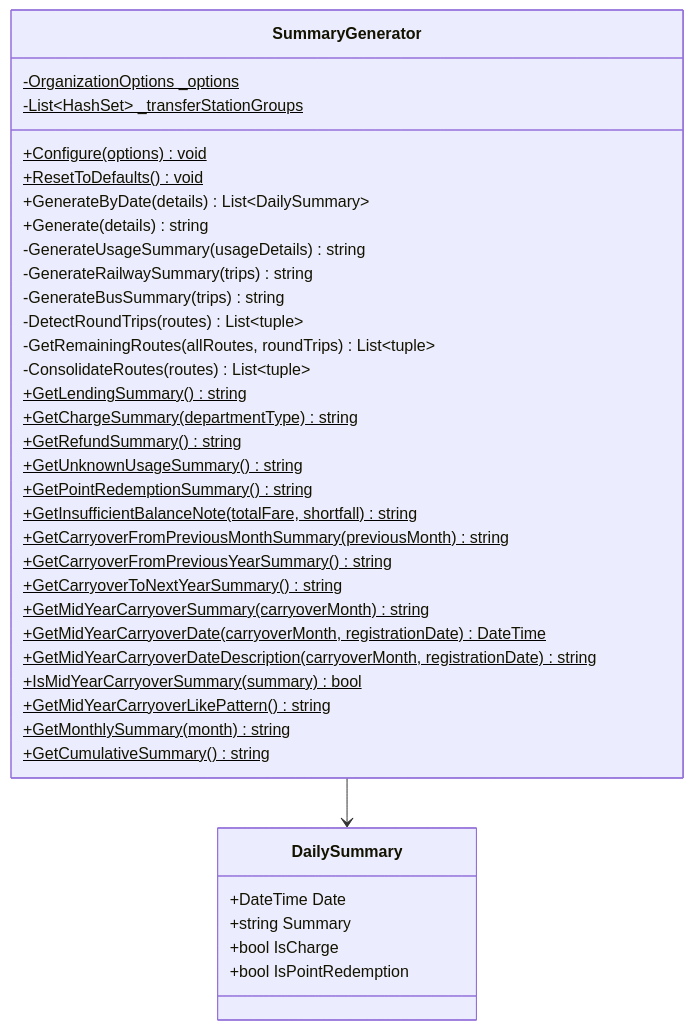
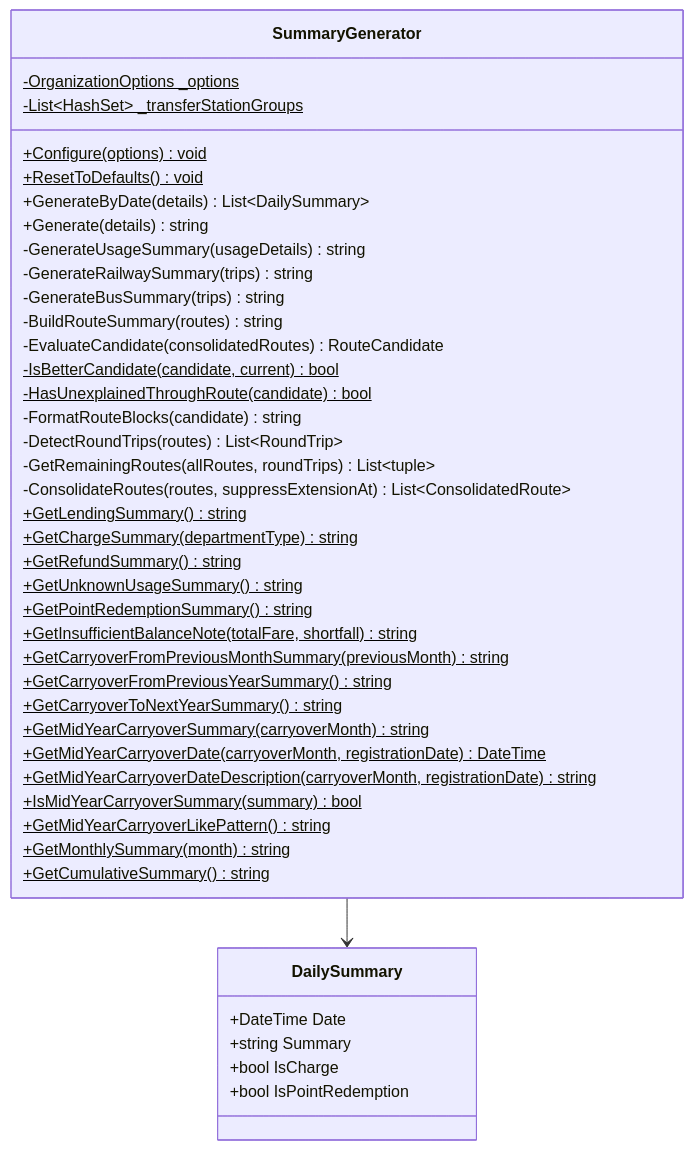
The sixth of 52 diagrams in ICCardManager/docs/design/05_クラス設計書.md (kuwayamamasayuki/ICCardManager), drawn with Mermaid before and after one commit. The commit also changed other lines of this file and 2 other files, not shown here.

Commit message:
docs: クラス設計書とユーザーマニュアルへ #1916 を反映した
05_クラス設計書 §5.4 の SummaryGenerator クラス図が変更後のシグネチャと
乖離していたため更新し、候補選択の設計判断を追記した。ユーザーマニュアルの
「往復の自動検出」に、往復ではない区間が先に来る例とブロックが利用順に
並ぶことを追記した。

Claude-Session: https://claude.ai/code/session_019h6pKjZ4Jt8VnWXsqhTxLN

````diff
--- a/ICCardManager/docs/design/05_クラス設計書.md
+++ b/ICCardManager/docs/design/05_クラス設計書.md
@@ -629,42 +629,47 @@
 ```mermaid
 classDiagram
     class SummaryGenerator {
         -OrganizationOptions _options$
         -List~HashSet~ _transferStationGroups$
         +Configure(options)$ void
         +ResetToDefaults()$ void
         +GenerateByDate(details) List~DailySummary~
         +Generate(details) string
         -GenerateUsageSummary(usageDetails) string
         -GenerateRailwaySummary(trips) string
         -GenerateBusSummary(trips) string
-        -DetectRoundTrips(routes) List~tuple~
+        -BuildRouteSummary(routes) string
+        -EvaluateCandidate(consolidatedRoutes) RouteCandidate
+        -IsBetterCandidate(candidate, current)$ bool
+        -HasUnexplainedThroughRoute(candidate)$ bool
+        -FormatRouteBlocks(candidate) string
+        -DetectRoundTrips(routes) List~RoundTrip~
         -GetRemainingRoutes(allRoutes, roundTrips) List~tuple~
-        -ConsolidateRoutes(routes) List~tuple~
+        -ConsolidateRoutes(routes, suppressExtensionAt) List~ConsolidatedRoute~
         +GetLendingSummary()$ string
         +GetChargeSummary(departmentType)$ string
         +GetRefundSummary()$ string
         +GetUnknownUsageSummary()$ string
         +GetPointRedemptionSummary()$ string
         +GetInsufficientBalanceNote(totalFare, shortfall)$ string
         +GetCarryoverFromPreviousMonthSummary(previousMonth)$ string
         +GetCarryoverFromPreviousYearSummary()$ string
         +GetCarryoverToNextYearSummary()$ string
         +GetMidYearCarryoverSummary(carryoverMonth)$ string
         +GetMidYearCarryoverDate(carryoverMonth, registrationDate)$ DateTime
         +GetMidYearCarryoverDateDescription(carryoverMonth, registrationDate)$ string
         +IsMidYearCarryoverSummary(summary)$ bool
         +GetMidYearCarryoverLikePattern()$ string
         +GetMonthlySummary(month)$ string
         +GetCumulativeSummary()$ string
     }
 
     class DailySummary {
         +DateTime Date
         +string Summary
         +bool IsCharge
         +bool IsPointRedemption
     }
 
     SummaryGenerator --> DailySummary
 ```
````
